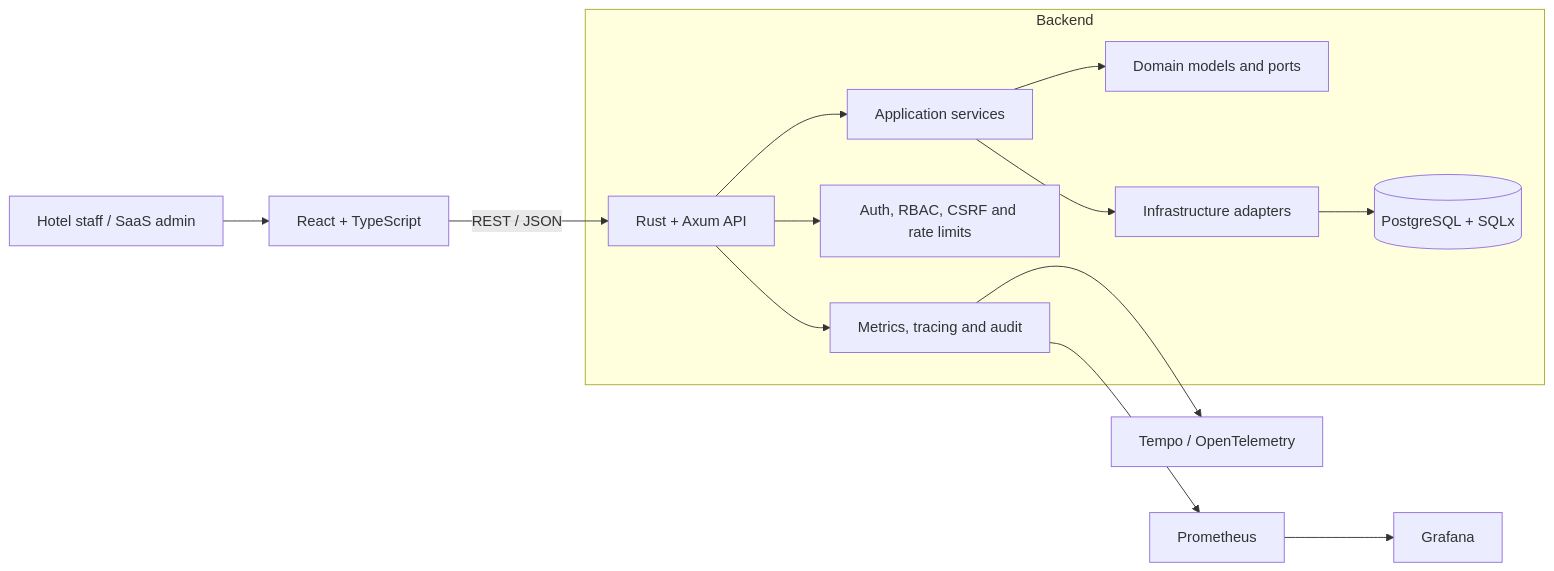
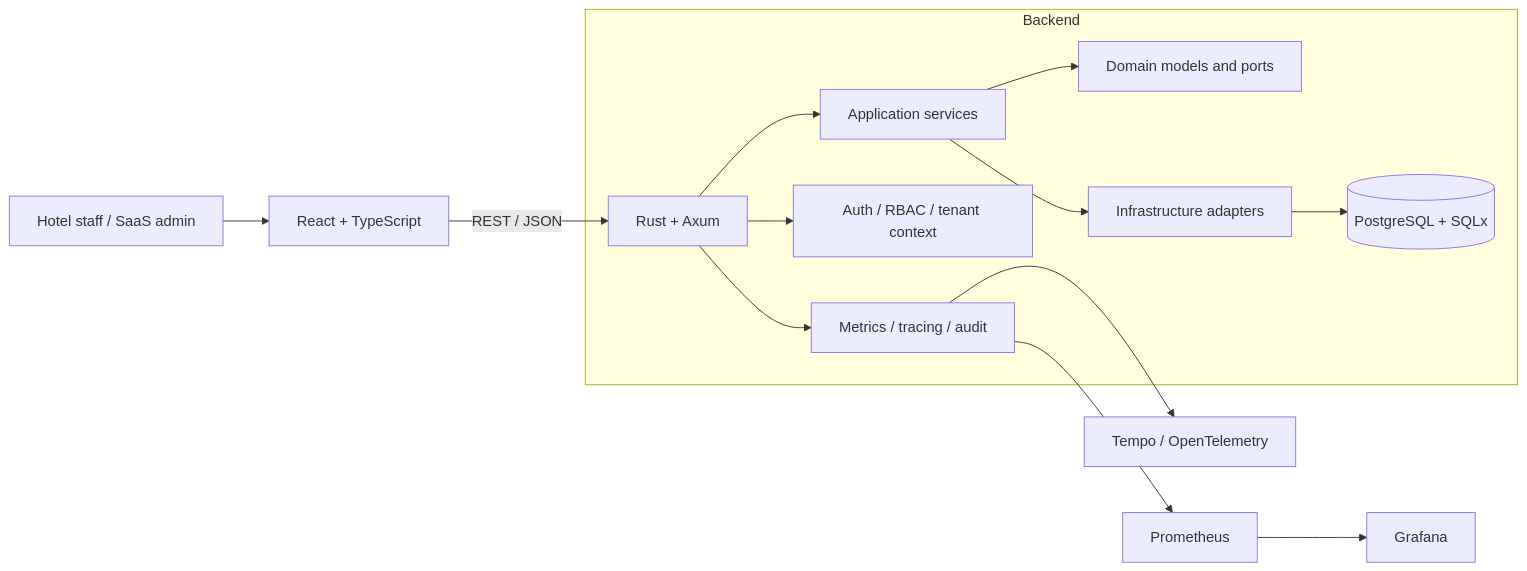
The diagram in README.md (sjo1848/hotel-management-system), drawn with Mermaid before and after one commit. The commit also changed other lines of this file and 8 other files, not shown here.

````diff
--- a/README.md
+++ b/README.md
@@ -46,18 +75,18 @@
 ```mermaid
 flowchart LR
     U[Hotel staff / SaaS admin] --> FE[React + TypeScript]
-    FE -->|REST / JSON| API[Rust + Axum API]
+    FE -->|REST / JSON| API[Rust + Axum]
 
     subgraph Backend
         API --> APP[Application services]
         APP --> DOM[Domain models and ports]
         APP --> INF[Infrastructure adapters]
         INF --> DB[(PostgreSQL + SQLx)]
-        API --> SEC[Auth, RBAC, CSRF and rate limits]
-        API --> OBS[Metrics, tracing and audit]
+        API --> SEC[Auth / RBAC / tenant context]
+        API --> OBS[Metrics / tracing / audit]
     end
 
     OBS --> PROM[Prometheus]
     OBS --> TEMPO[Tempo / OpenTelemetry]
     PROM --> GRAF[Grafana]
 ```
````
